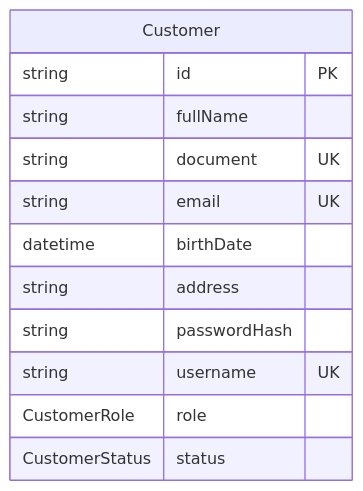
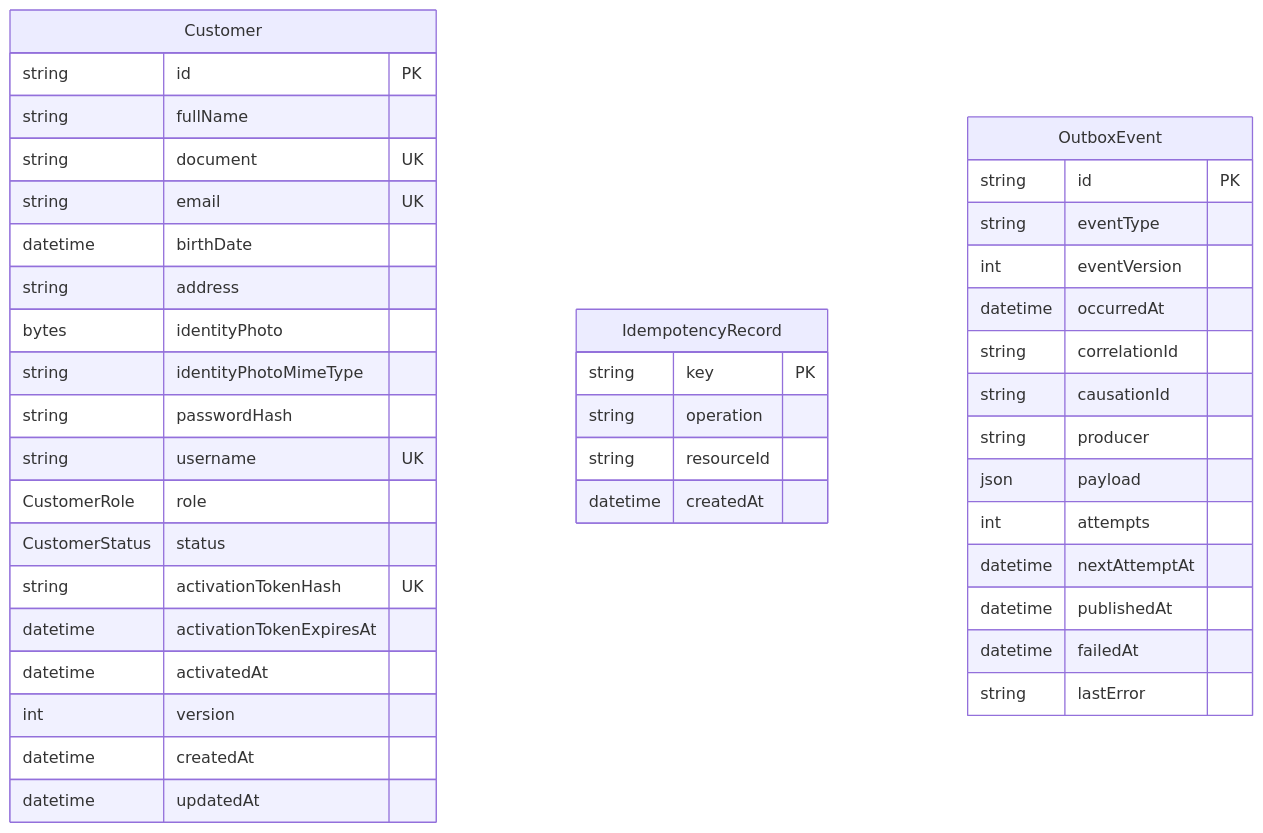
Before and after one commit to GaryAlexAC/Proyecto-SA-B-11: the first of 5 diagrams in Docs/domain/domain-model.md, drawn with Mermaid. The commit also changed other lines of this file, not shown here.

````diff
--- a/Docs/domain/domain-model.md
+++ b/Docs/domain/domain-model.md
@@ -35,15 +35,44 @@
 ```mermaid
 erDiagram
     Customer {
         string id PK
         string fullName
         string document UK
         string email UK
         datetime birthDate
         string address
+        bytes identityPhoto
+        string identityPhotoMimeType
         string passwordHash
         string username UK
         CustomerRole role
         CustomerStatus status
+        string activationTokenHash UK
+        datetime activationTokenExpiresAt
+        datetime activatedAt
+        int version
+        datetime createdAt
+        datetime updatedAt
+    }
+    IdempotencyRecord {
+        string key PK
+        string operation
+        string resourceId
+        datetime createdAt
+    }
+    OutboxEvent {
+        string id PK
+        string eventType
+        int eventVersion
+        datetime occurredAt
+        string correlationId
+        string causationId
+        string producer
+        json payload
+        int attempts
+        datetime nextAttemptAt
+        datetime publishedAt
+        datetime failedAt
+        string lastError
     }
 ```
````
